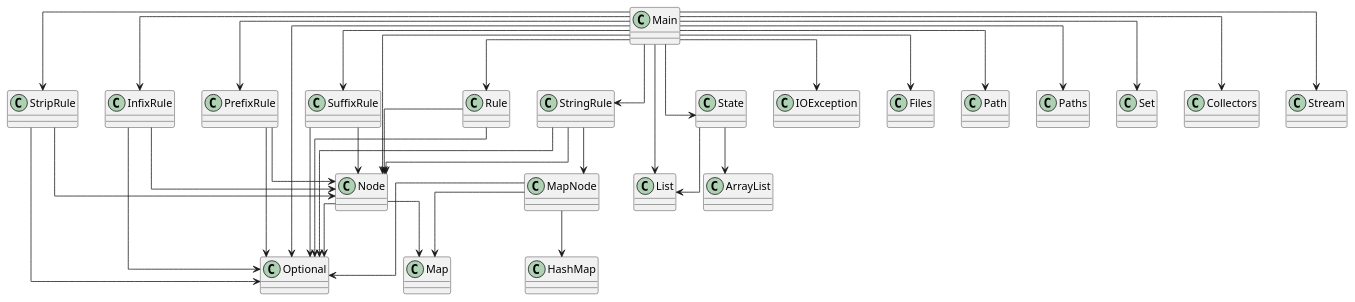
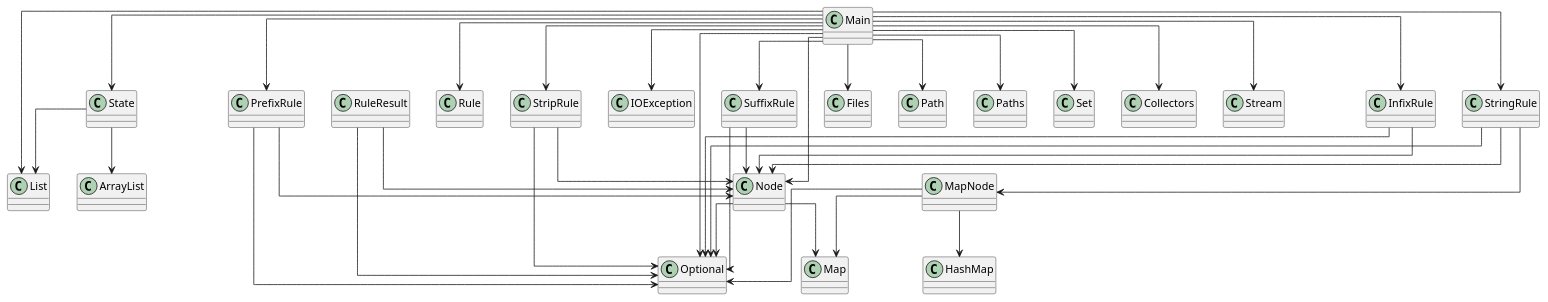
Before and after one commit to Magma-Foundation/Magma: the diagram in diagram.puml, drawn with PlantUML. The commit also changed 8 other files, not shown here.

Commit message:
Disconnect RuleResult

```diff
--- a/diagram.puml
+++ b/diagram.puml
@@ -1,50 +1,51 @@
 @startuml
 skinparam linetype ortho
 class SuffixRule
 SuffixRule --> Node
 SuffixRule --> Optional
 class InfixRule
 InfixRule --> Node
 InfixRule --> Optional
 class Main
 Main --> Node
 Main --> InfixRule
 Main --> PrefixRule
 Main --> Rule
 Main --> State
 Main --> StringRule
 Main --> StripRule
 Main --> SuffixRule
 Main --> IOException
 Main --> Files
 Main --> Path
 Main --> Paths
 Main --> List
 Main --> Optional
 Main --> Set
 Main --> Collectors
 Main --> Stream
 class Rule
-Rule --> Node
-Rule --> Optional
 class Node
 Node --> Map
 Node --> Optional
 class MapNode
 MapNode --> HashMap
 MapNode --> Map
 MapNode --> Optional
 class PrefixRule
 PrefixRule --> Node
 PrefixRule --> Optional
 class StringRule
 StringRule --> MapNode
 StringRule --> Node
 StringRule --> Optional
 class StripRule
 StripRule --> Node
 StripRule --> Optional
 class State
 State --> ArrayList
 State --> List
+class RuleResult
+RuleResult --> Node
+RuleResult --> Optional
 @enduml
```
